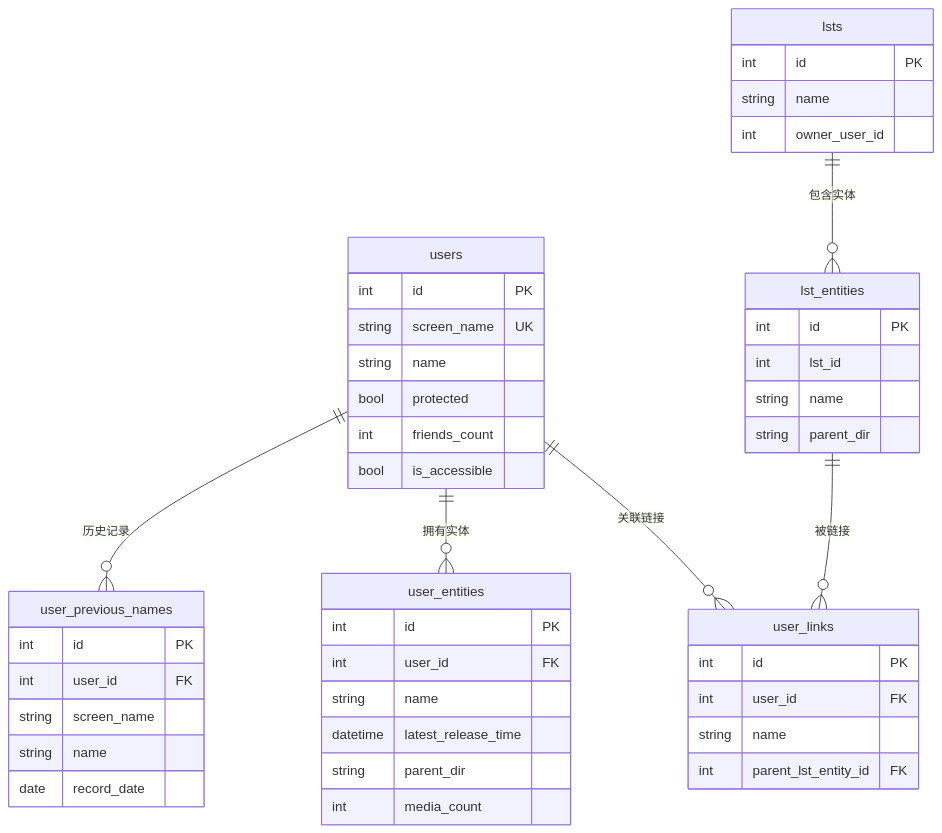
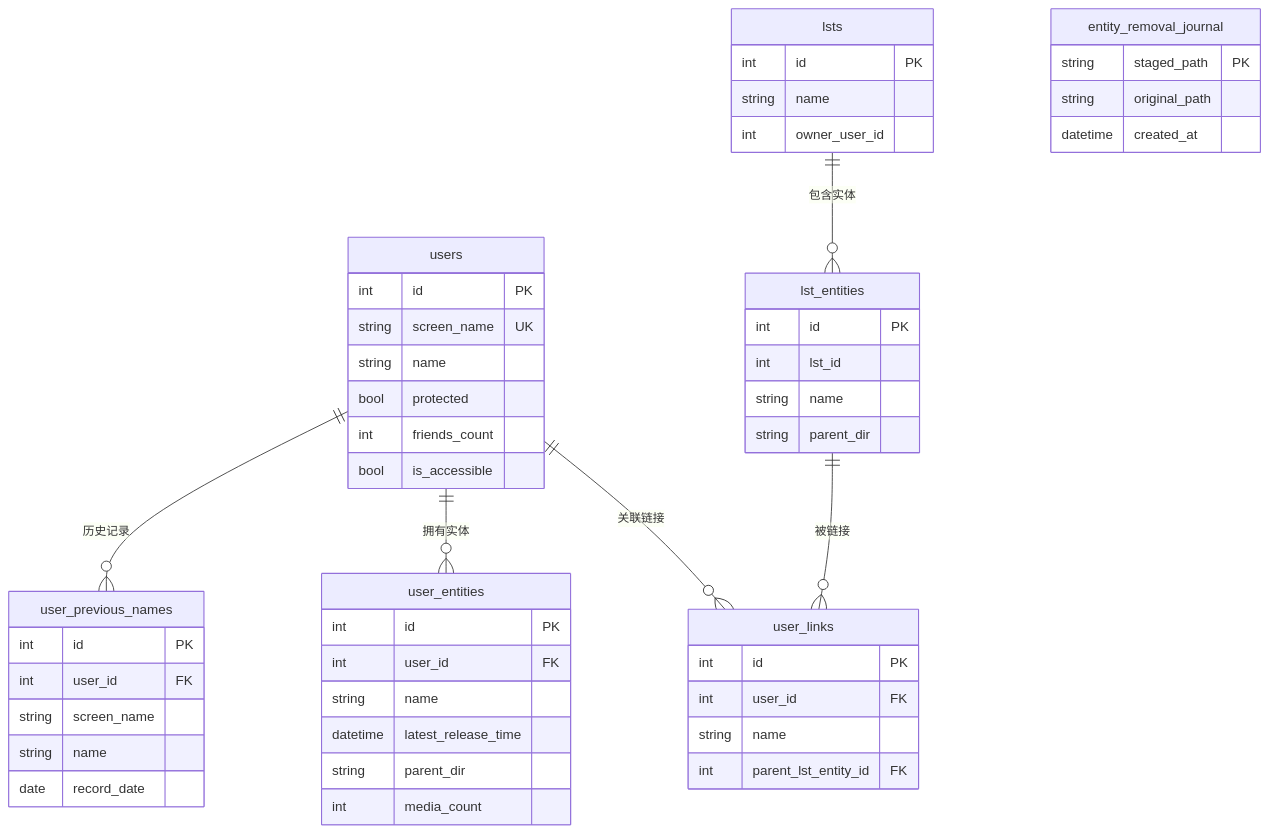
One commit to Leexunhuan743/twitter_media_downloader_pro changed the first of 4 diagrams in doc/foo.db 技术文档.md. Above: the diagram before and after it, drawn with Mermaid. The commit also changed other lines of this file and 84 other files, not shown here.

````diff
--- a/doc/foo.db 技术文档.md
+++ b/doc/foo.db 技术文档.md
@@ -270,54 +286,60 @@
 ```mermaid
 erDiagram
     users ||--o{ user_previous_names : "历史记录"
     users ||--o{ user_entities : "拥有实体"
     users ||--o{ user_links : "关联链接"
     lsts ||--o{ lst_entities : "包含实体"
     lst_entities ||--o{ user_links : "被链接"
     
     users {
         int id PK
         string screen_name UK
         string name
         bool protected
         int friends_count
         bool is_accessible
     }
     
     user_previous_names {
         int id PK
         int user_id FK
         string screen_name
         string name
         date record_date
     }
     
     lsts {
         int id PK
         string name
         int owner_user_id
     }
     
     lst_entities {
         int id PK
         int lst_id
         string name
         string parent_dir
     }
     
     user_entities {
         int id PK
         int user_id FK
         string name
         datetime latest_release_time
         string parent_dir
         int media_count
     }
     
     user_links {
         int id PK
         int user_id FK
         string name
         int parent_lst_entity_id FK
     }
+
+    entity_removal_journal {
+        string staged_path PK
+        string original_path
+        datetime created_at
+    }
 ```
````
